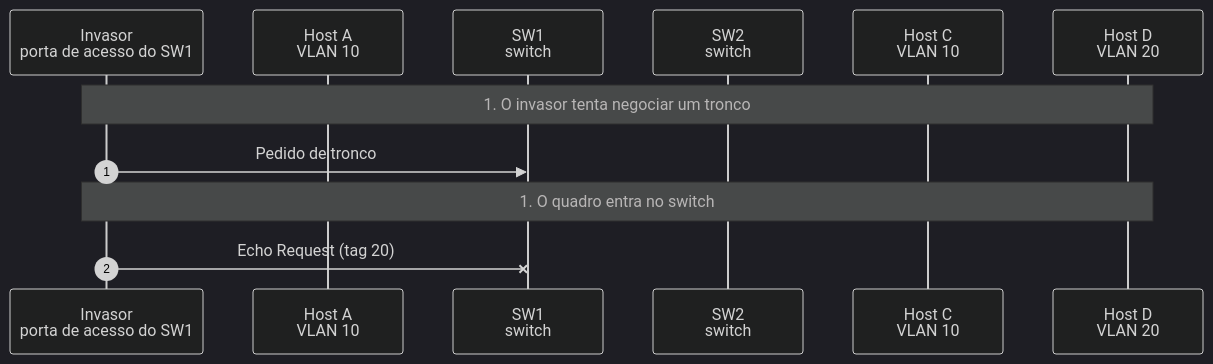
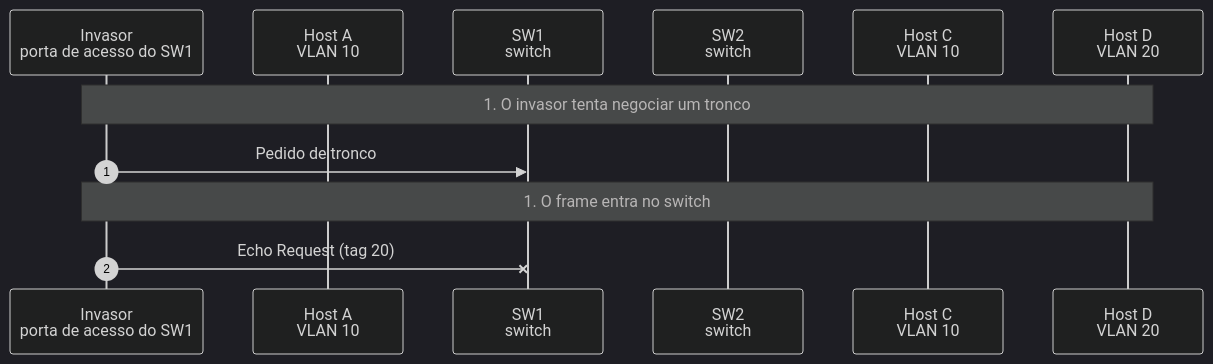
Diagram 27 of 29 in docs/simuladores/vlan.md (emanuel-bs/simul-net), drawn with Mermaid (dark theme) before and after one commit. The commit also changed other lines of this file and 96 other files, not shown here.

````diff
--- a/docs/simuladores/vlan.md
+++ b/docs/simuladores/vlan.md
@@ -1045,14 +1045,14 @@
 ```mermaid
 sequenceDiagram
   autonumber
   participant n_m as Invasor<br/>porta de acesso do SW1
   participant n_a as Host A<br/>VLAN 10
   participant n_sw1 as SW1<br/>switch
   participant n_sw2 as SW2<br/>switch
   participant n_c as Host C<br/>VLAN 10
   participant n_d as Host D<br/>VLAN 20
   Note over n_m,n_d: 1. O invasor tenta negociar um tronco
   n_m ->> n_sw1: Pedido de tronco
-  Note over n_m,n_d: 1. O quadro entra no switch
+  Note over n_m,n_d: 1. O frame entra no switch
   n_m -x n_sw1: Echo Request (tag 20)
 ```
````
